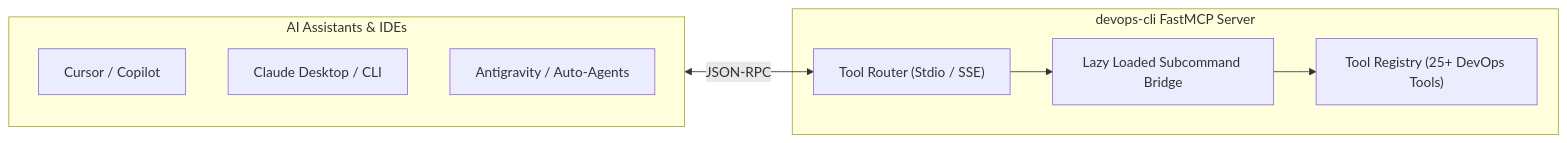
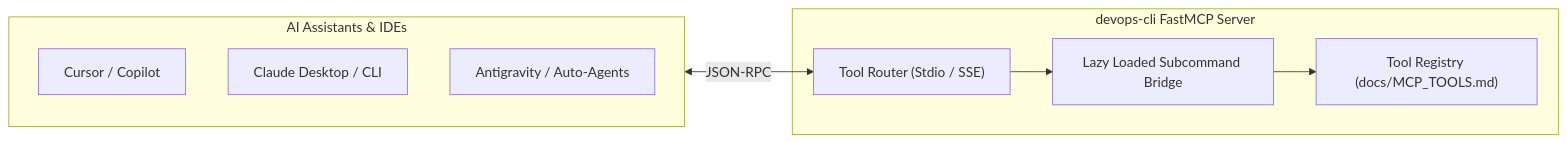
One commit to dan-petty/devops-cli changed the third of 4 diagrams in ARCHITECTURE.md. Above: the diagram before and after it, drawn with Mermaid. The commit also changed other lines of this file and 16 other files, not shown here.

````diff
--- a/ARCHITECTURE.md
+++ b/ARCHITECTURE.md
@@ -91,18 +91,18 @@
 ```mermaid
 flowchart LR
     subgraph ExternalAgents["AI Assistants & IDEs"]
         Cursor["Cursor / Copilot"]
         Claude["Claude Desktop / CLI"]
         Subagents["Antigravity / Auto-Agents"]
     end
 
     subgraph FastMCPServer["devops-cli FastMCP Server"]
         Router["Tool Router (Stdio / SSE)"]
         Bridge["Lazy Loaded Subcommand Bridge"]
-        Registry["Tool Registry (25+ DevOps Tools)"]
+        Registry["Tool Registry (docs/MCP_TOOLS.md)"]
     end
 
     ExternalAgents <-->|JSON-RPC| Router
     Router --> Bridge
     Bridge --> Registry
 ```
````
